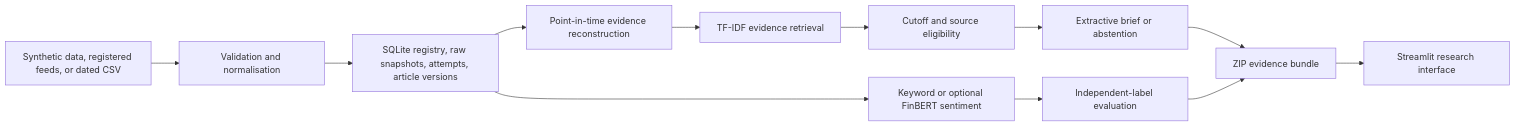
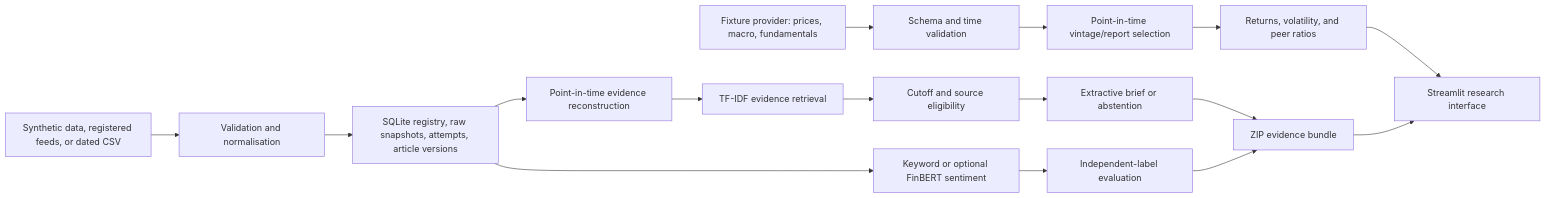
The diagram in README.md (iso-derek/market-intelligence-ai-platform), drawn with Mermaid before and after one commit. The commit also changed other lines of this file and 11 other files, not shown here.

Commit message:
feat: add point-in-time market macro and fundamentals

````diff
--- a/README.md
+++ b/README.md
@@ -50,14 +57,18 @@
 ```mermaid
 flowchart LR
+    M[Fixture provider: prices, macro, fundamentals] --> N[Schema and time validation]
+    N --> O[Point-in-time vintage/report selection]
+    O --> P[Returns, volatility, and peer ratios]
+    P --> J[Streamlit research interface]
     A[Synthetic data, registered feeds, or dated CSV] --> B[Validation and normalisation]
     B --> C[SQLite registry, raw snapshots, attempts, article versions]
     C --> D0[Point-in-time evidence reconstruction]
     C --> D[Keyword or optional FinBERT sentiment]
     D0 --> E[TF-IDF evidence retrieval]
     E --> F[Cutoff and source eligibility]
     F --> G[Extractive brief or abstention]
     D --> H[Independent-label evaluation]
     G --> I[ZIP evidence bundle]
     H --> I
     I --> J[Streamlit research interface]
 ```
````
